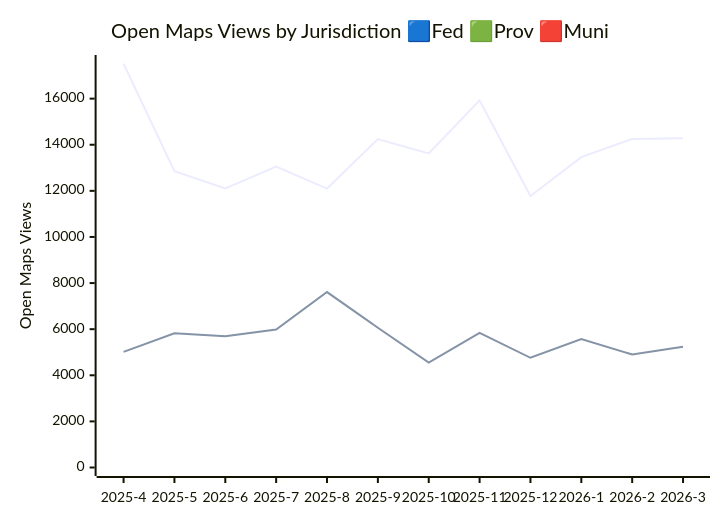
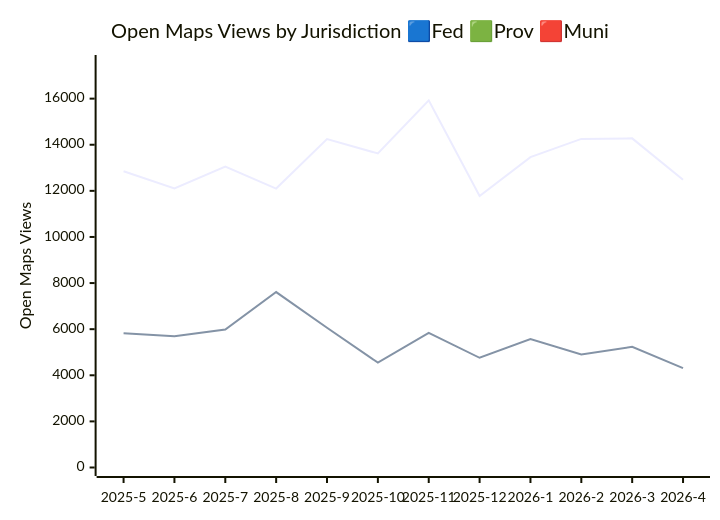
Before and after one commit to open-data/analytics-corporate-reporting: the third of 3 diagrams in JURISDICTION_ANALYTICS_REPORT/readme.md, drawn with Mermaid. The commit also changed other lines of this file and 3 other files, not shown here.

````diff
--- a/JURISDICTION_ANALYTICS_REPORT/readme.md
+++ b/JURISDICTION_ANALYTICS_REPORT/readme.md
@@ -41,9 +41,9 @@
 ```mermaid
 
 xychart-beta
     title "Open Maps Views by Jurisdiction 🟦Fed 🟩Prov 🟥Muni"
-    x-axis [2025-4, 2025-5, 2025-6, 2025-7, 2025-8, 2025-9, 2025-10, 2025-11, 2025-12, 2026-1, 2026-2, 2026-3]
+    x-axis [2025-5, 2025-6, 2025-7, 2025-8, 2025-9, 2025-10, 2025-11, 2025-12, 2026-1, 2026-2, 2026-3, 2026-4]
     y-axis "Open Maps Views" 0 --> 17524
-    line [17514, 12850, 12109, 13051, 12100, 14245, 13621, 15925, 11775, 13461, 14252, 14277]
-    line [5016, 5820, 5694, 5984, 7610, 6062, 4549, 5840, 4759, 5574, 4900, 5234]
+    line [12850, 12109, 13051, 12100, 14245, 13621, 15925, 11775, 13461, 14252, 14277, 12485]
+    line [5820, 5694, 5984, 7610, 6062, 4549, 5840, 4759, 5574, 4900, 5234, 4310]
 ```
````
